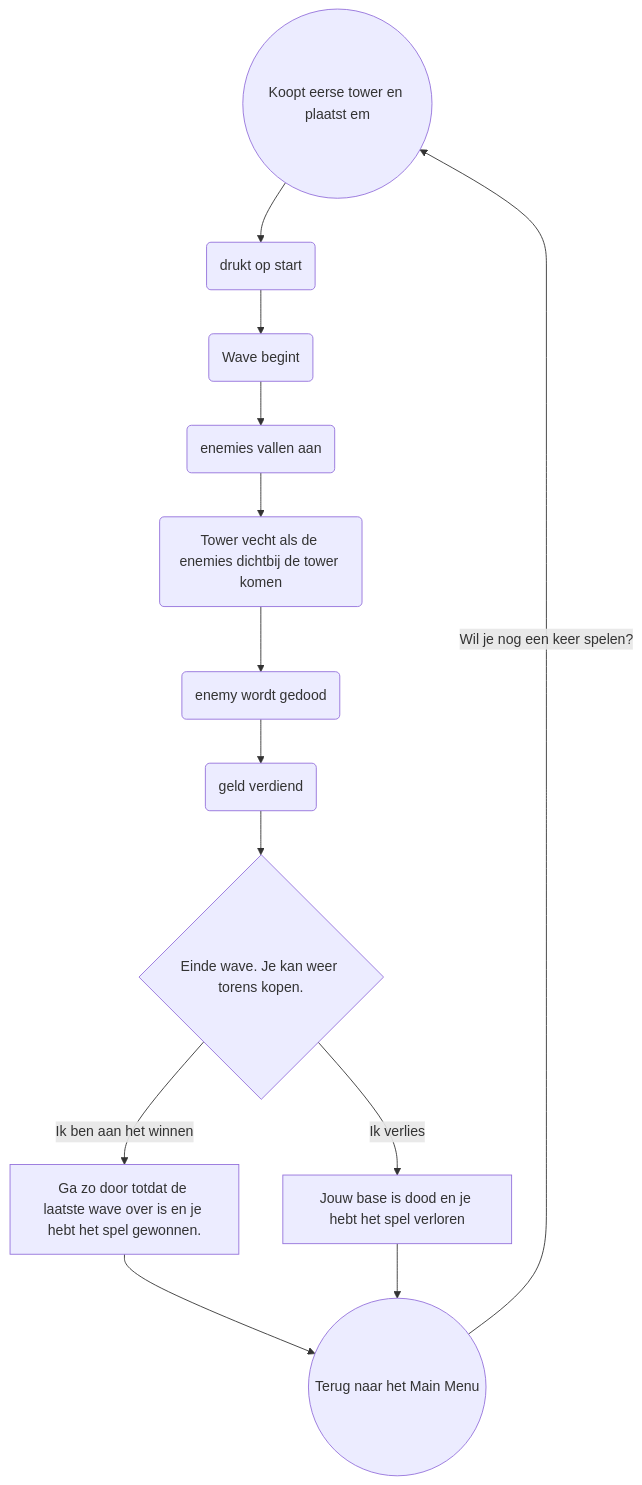
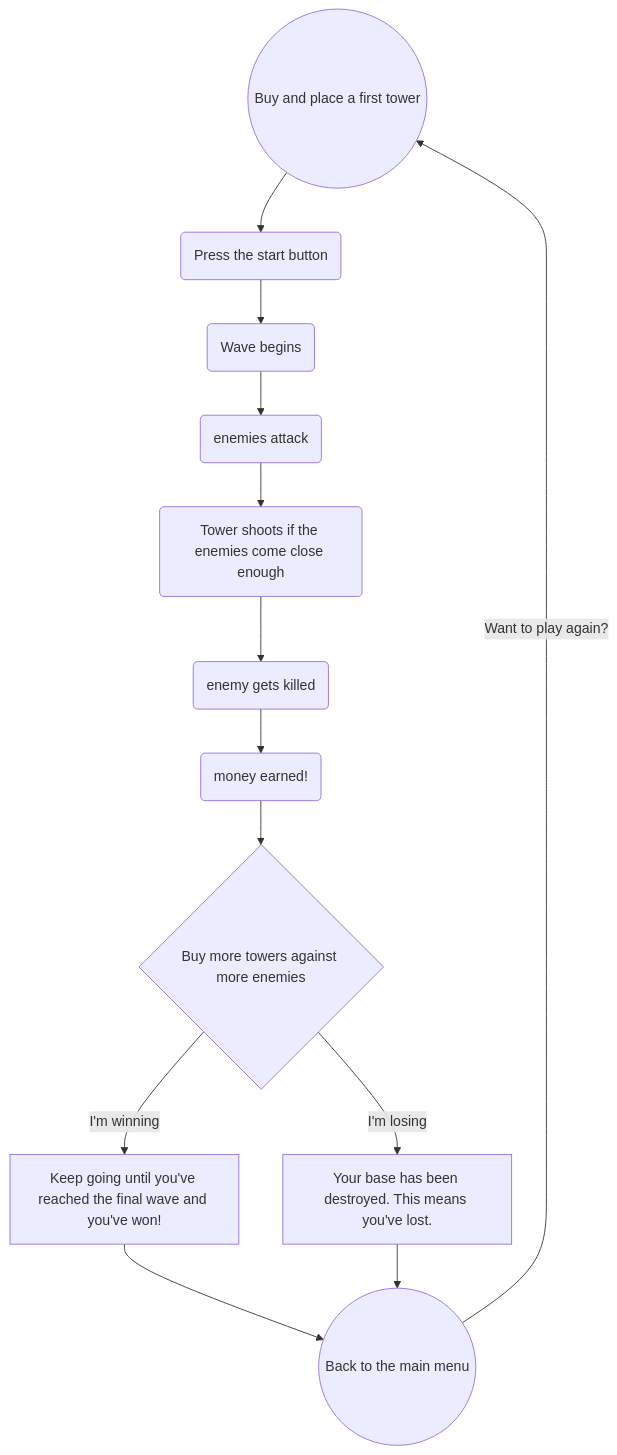
Before and after one commit to JobHeilig/TowerDefense: the diagram in README.md, drawn with Mermaid.

````diff
--- a/README.md
+++ b/README.md
@@ -11,16 +11,16 @@
 ```mermaid
 flowchart TD
 
-start((Koopt eerse tower en plaatst em)) --> A(drukt op start)
-A --> B(Wave begint)
-B --> C(enemies vallen aan)
-C --> D(Tower vecht als de enemies dichtbij de tower komen)
-D --> E(enemy wordt gedood)
-E --> F(geld verdiend)
-F --> G{Einde wave. Je kan weer torens kopen.}
-G -- Ik ben aan het winnen --> H[Ga zo door totdat de laatste wave over is en je hebt het spel gewonnen.]
-G -- Ik verlies --> I[Jouw base is dood en je hebt het spel verloren]
-H --> J((Terug naar het Main Menu))
-I --> J((Terug naar het Main Menu))
-J -- Wil je nog een keer spelen? --> start
+start((Buy and place a first tower)) --> A(Press the start button)
+A --> B(Wave begins)
+B --> C(enemies attack)
+C --> D(Tower shoots if the enemies come close enough)
+D --> E(enemy gets killed)
+E --> F(money earned!)
+F --> G{Buy more towers against more enemies}
+G -- I'm winning --> H[Keep going until you've reached the final wave and you've won!]
+G -- I'm losing --> I[Your base has been destroyed. This means you've lost.]
+H --> J((Back to the main menu))
+I --> J((Back to the main menu))
+J -- Want to play again? --> start
 ```
````
